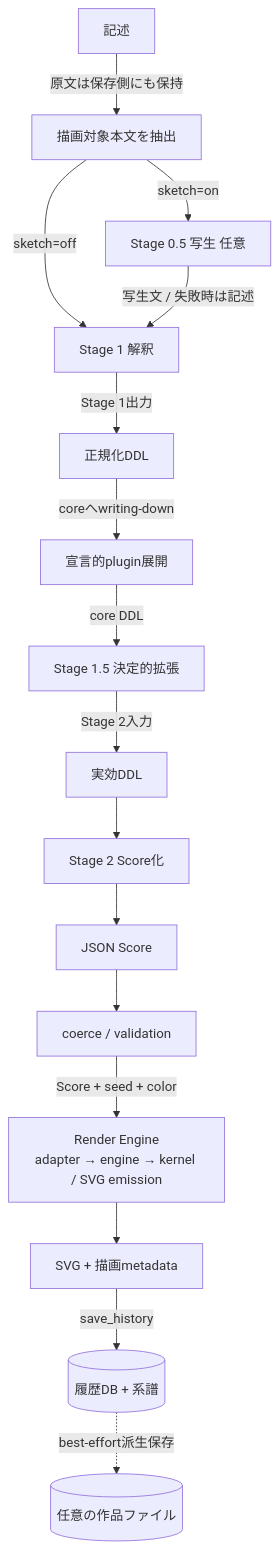
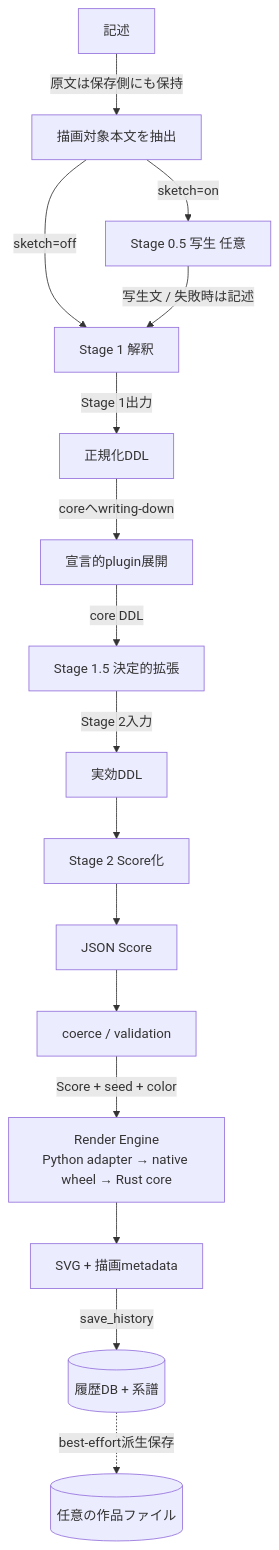
One commit to oikawas/inku-lang changed the first of 3 diagrams in docs/architecture/ddl-processing-pipeline.ja.md. Above: the diagram before and after it, drawn with Mermaid. The commit also changed other lines of this file and 17 other files, not shown here.

````diff
--- a/docs/architecture/ddl-processing-pipeline.ja.md
+++ b/docs/architecture/ddl-processing-pipeline.ja.md
@@ -21,34 +21,34 @@
 ```mermaid
 flowchart TD
     DESC["記述"]
     LABELS["描画対象本文を抽出"]
     S05["Stage 0.5 写生 任意"]
     S1["Stage 1 解釈"]
     DDL["正規化DDL"]
     PLUGIN["宣言的plugin展開"]
     S15["Stage 1.5 決定的拡張"]
     EFFECTIVE["実効DDL"]
     S2["Stage 2 Score化"]
     SCORE["JSON Score"]
     COERCE["coerce / validation"]
-    RENDER["Render Engine\nadapter → engine → kernel / SVG emission"]
+    RENDER["Render Engine\nPython adapter → native wheel → Rust core"]
     SVG["SVG + 描画metadata"]
     HISTORY[("履歴DB + 系譜")]
     FILES[("任意の作品ファイル")]
 
     DESC -->|"原文は保存側にも保持"| LABELS
     LABELS -->|"sketch=on"| S05
     LABELS -->|"sketch=off"| S1
     S05 -->|"写生文 / 失敗時は記述"| S1
     S1 -->|"Stage 1出力"| DDL
     DDL -->|"coreへwriting-down"| PLUGIN
     PLUGIN -->|"core DDL"| S15
     S15 -->|"Stage 2入力"| EFFECTIVE
     EFFECTIVE --> S2
     S2 --> SCORE
     SCORE --> COERCE
     COERCE -->|"Score + seed + color"| RENDER
     RENDER --> SVG
     SVG -->|"save_history"| HISTORY
     HISTORY -.->|"best-effort派生保存"| FILES
 ```
````
